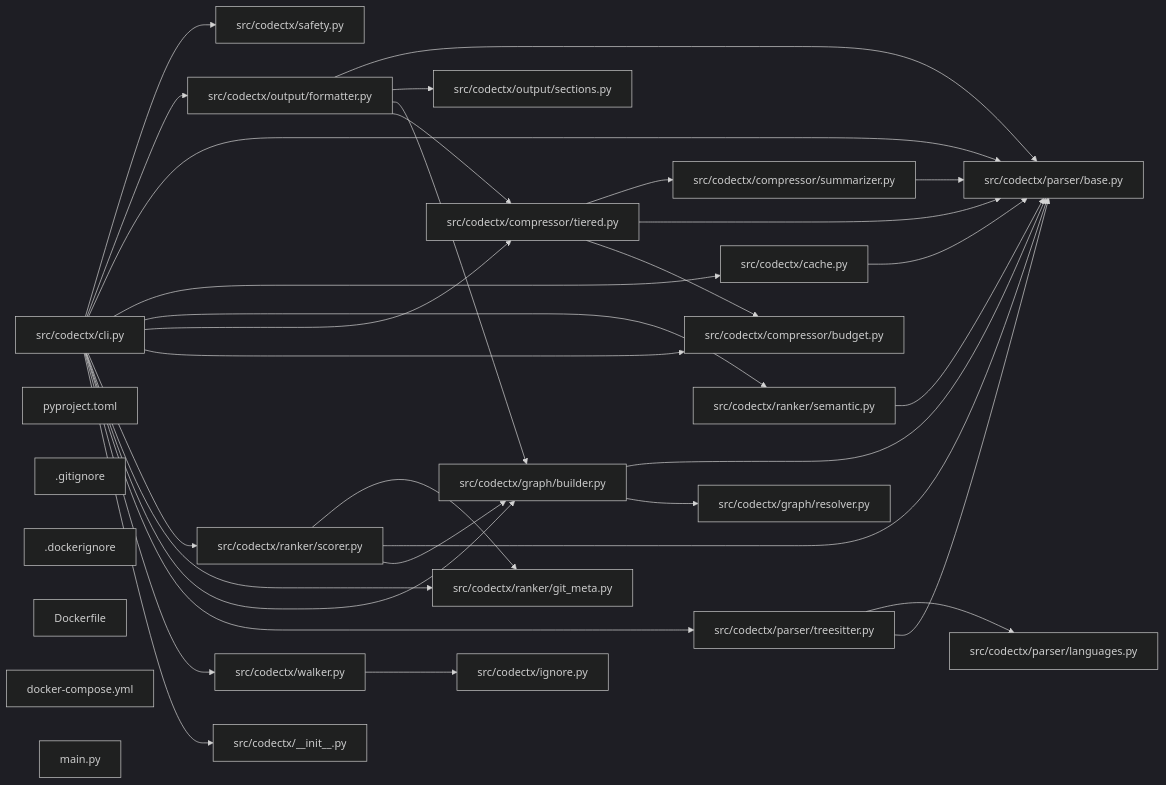
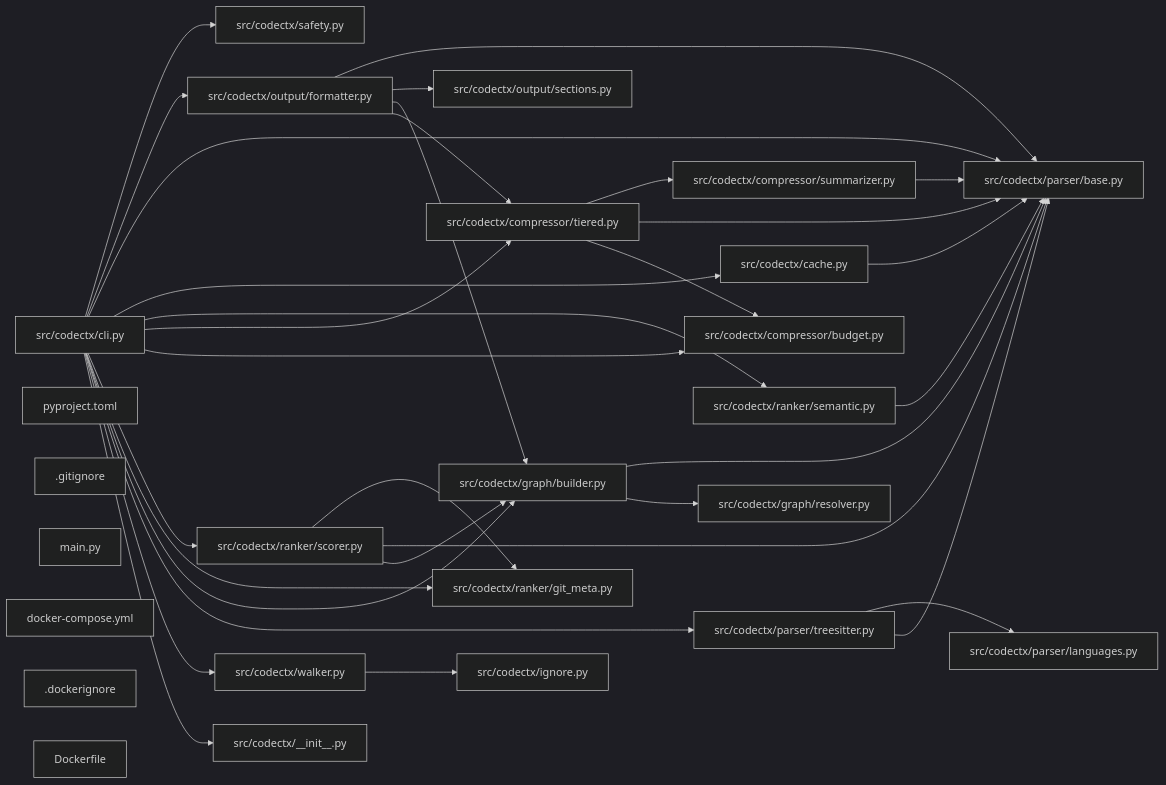
Before and after one commit to hey-granth/codectx: the diagram in CONTEXT.md, drawn with Mermaid (dark theme). The commit also changed other lines of this file and 3 other files, not shown here.

````diff
--- a/CONTEXT.md
+++ b/CONTEXT.md
@@ -917,59 +903,59 @@
 ```mermaid
 graph LR
-    f0["src/codectx/parser/base.py"]
-    f1["src/codectx/cli.py"]
-    f2["src/codectx/output/formatter.py"]
-    f3["src/codectx/graph/builder.py"]
-    f4["src/codectx/parser/treesitter.py"]
-    f5["src/codectx/ranker/scorer.py"]
-    f6["src/codectx/compressor/tiered.py"]
+    f0["src/codectx/cli.py"]
+    f1["src/codectx/parser/base.py"]
+    f2["src/codectx/graph/builder.py"]
+    f3["src/codectx/output/formatter.py"]
+    f4["src/codectx/ranker/scorer.py"]
+    f5["src/codectx/compressor/tiered.py"]
+    f6["src/codectx/parser/treesitter.py"]
     f7["src/codectx/walker.py"]
     f8["src/codectx/ranker/git_meta.py"]
-    f9["pyproject.toml"]
-    f10["src/codectx/ranker/semantic.py"]
+    f9["src/codectx/ranker/semantic.py"]
+    f10["pyproject.toml"]
     f11["src/codectx/cache.py"]
-    f12["src/codectx/parser/languages.py"]
-    f13["src/codectx/graph/resolver.py"]
-    f14["src/codectx/output/sections.py"]
+    f12["src/codectx/graph/resolver.py"]
+    f13["src/codectx/output/sections.py"]
+    f14["src/codectx/parser/languages.py"]
     f15["src/codectx/compressor/budget.py"]
     f16["src/codectx/__init__.py"]
     f17[".gitignore"]
     f18["src/codectx/compressor/summarizer.py"]
-    f19[".dockerignore"]
-    f20["Dockerfile"]
-    f21["docker-compose.yml"]
-    f22["main.py"]
-    f23["src/codectx/ignore.py"]
-    f24["src/codectx/safety.py"]
-    f1 --> f24
-    f1 --> f2
-    f1 --> f0
-    f1 --> f11
-    f1 --> f10
-    f1 --> f6
-    f1 --> f15
-    f1 --> f5
-    f1 --> f8
-    f1 --> f3
-    f1 --> f4
-    f1 --> f7
-    f1 --> f16
-    f2 --> f0
-    f2 --> f14
-    f2 --> f3
-    f2 --> f6
-    f3 --> f0
+    f19["main.py"]
+    f20["src/codectx/ignore.py"]
+    f21["src/codectx/safety.py"]
+    f22["docker-compose.yml"]
+    f23[".dockerignore"]
+    f24["Dockerfile"]
+    f0 --> f21
+    f0 --> f3
+    f0 --> f1
+    f0 --> f11
+    f0 --> f9
+    f0 --> f5
+    f0 --> f15
+    f0 --> f4
+    f0 --> f8
+    f0 --> f2
+    f0 --> f6
+    f0 --> f7
+    f0 --> f16
+    f2 --> f1
+    f2 --> f12
+    f3 --> f1
     f3 --> f13
-    f4 --> f12
-    f4 --> f0
-    f5 --> f8
-    f5 --> f0
-    f5 --> f3
-    f6 --> f18
-    f6 --> f0
-    f6 --> f15
-    f7 --> f23
-    f10 --> f0
-    f11 --> f0
-    f18 --> f0
+    f3 --> f2
+    f3 --> f5
+    f4 --> f8
+    f4 --> f1
+    f4 --> f2
+    f5 --> f18
+    f5 --> f1
+    f5 --> f15
+    f6 --> f14
+    f6 --> f1
+    f7 --> f20
+    f9 --> f1
+    f11 --> f1
+    f18 --> f1
 ```
````
